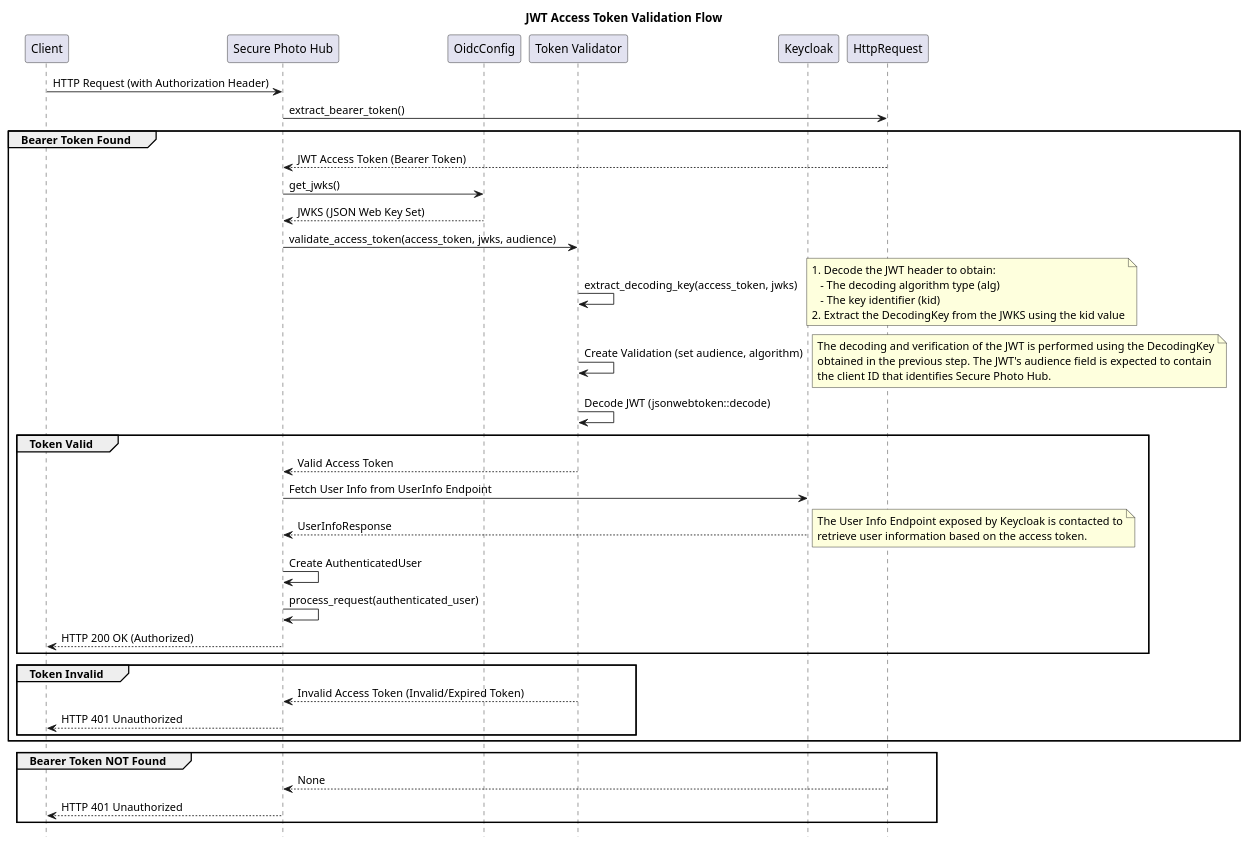
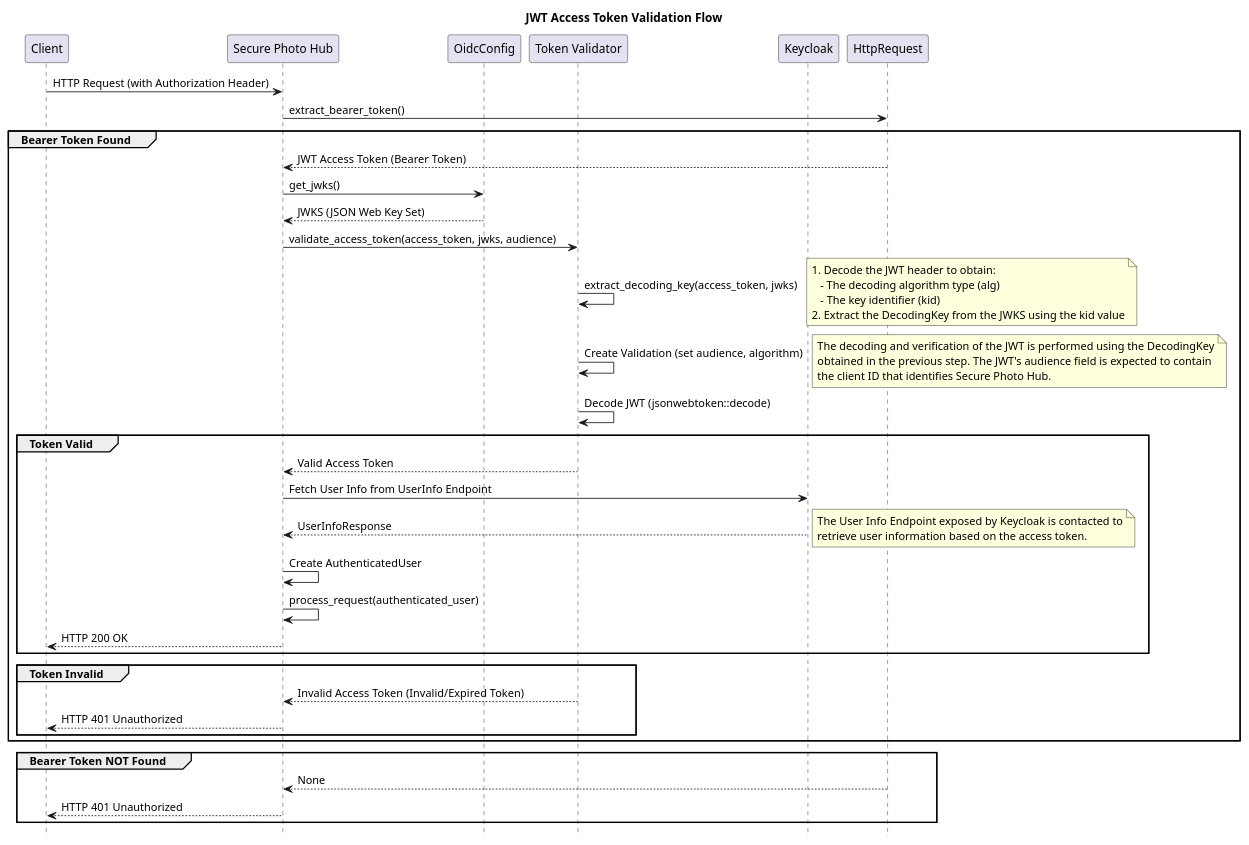
One commit to vtramo/secure-photo-hub changed the diagram in plantuml/authentication/1-authentication-bearer-token.puml. Above: the diagram before and after it, drawn with PlantUML. The commit also changed 2 other files, not shown here.

Commit message:
docs: add oauth code flow seq diagram

```diff
--- a/plantuml/authentication/1-authentication-bearer-token.puml
+++ b/plantuml/authentication/1-authentication-bearer-token.puml
@@ -1,60 +1,60 @@
 @startuml
 hide footbox
 title JWT Access Token Validation Flow
 
 participant "Client" as Client
 participant "Secure Photo Hub" as SecurePhotoHub
 participant "OidcConfig" as OidcConfig
 participant "Token Validator" as TokenValidator
 participant "Keycloak" as Keycloak
 
 Client -> SecurePhotoHub: HTTP Request (with Authorization Header)
 SecurePhotoHub -> HttpRequest: extract_bearer_token()
 
 group Bearer Token Found
     HttpRequest --> SecurePhotoHub : JWT Access Token (Bearer Token)
     SecurePhotoHub -> OidcConfig: get_jwks()
     OidcConfig --> SecurePhotoHub: JWKS (JSON Web Key Set)
 
     SecurePhotoHub -> TokenValidator: validate_access_token(access_token, jwks, audience)
     TokenValidator -> TokenValidator: extract_decoding_key(access_token, jwks)
     note right
     1. Decode the JWT header to obtain:
        - The decoding algorithm type (alg)
        - The key identifier (kid)
     2. Extract the DecodingKey from the JWKS using the kid value
     end note
     TokenValidator -> TokenValidator: Create Validation (set audience, algorithm)
     note right
     The decoding and verification of the JWT is performed using the DecodingKey
     obtained in the previous step. The JWT's audience field is expected to contain
     the client ID that identifies Secure Photo Hub.
     end note
     TokenValidator -> TokenValidator: Decode JWT (jsonwebtoken::decode)
 
     group Token Valid
         TokenValidator --> SecurePhotoHub: Valid Access Token
         SecurePhotoHub -> Keycloak: Fetch User Info from UserInfo Endpoint
         Keycloak --> SecurePhotoHub: UserInfoResponse
         note right
         The User Info Endpoint exposed by Keycloak is contacted to
         retrieve user information based on the access token.
         end note
         SecurePhotoHub -> SecurePhotoHub: Create AuthenticatedUser
         SecurePhotoHub -> SecurePhotoHub: process_request(authenticated_user)
-        SecurePhotoHub --> Client: HTTP 200 OK (Authorized)
+        SecurePhotoHub --> Client: HTTP 200 OK
     end
 
     group Token Invalid
         TokenValidator --> SecurePhotoHub: Invalid Access Token (Invalid/Expired Token)
         SecurePhotoHub --> Client: HTTP 401 Unauthorized
     end
 
 end
 
 group Bearer Token NOT Found
     HttpRequest --> SecurePhotoHub : None
     SecurePhotoHub --> Client: HTTP 401 Unauthorized
 end
 
 @enduml
```
